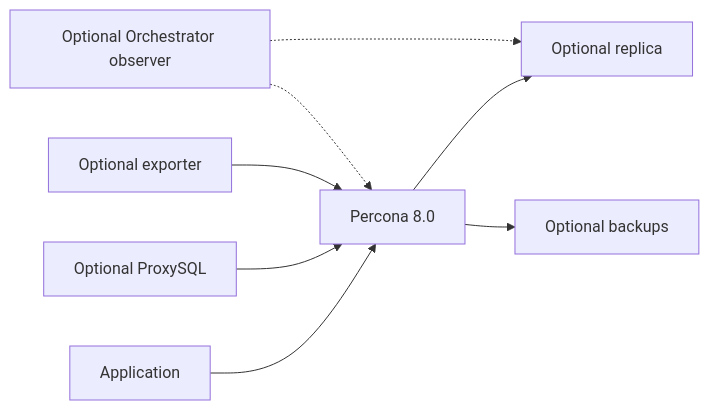
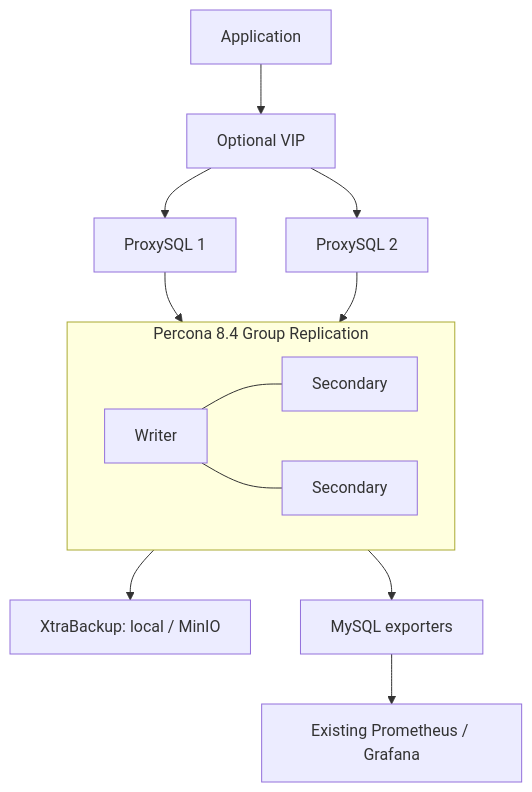
One commit to OT-OSM/percona_server changed the diagram in README.md. Above: the diagram before and after it, drawn with Mermaid. The commit also changed other lines of this file and 159 other files, not shown here.

````diff
--- a/README.md
+++ b/README.md
@@ -3,10 +5,15 @@
 ```mermaid
-flowchart LR
-  A[Application] --> D[Percona 8.0]
-  P[Optional ProxySQL] --> D
-  D --> R[Optional replica]
-  D --> B[Optional backups]
-  M[Optional exporter] --> D
-  O[Optional Orchestrator observer] -.-> D
-  O -.-> R
+flowchart TB
+  A[Application] --> V[Optional VIP]
+  V --> P1[ProxySQL 1]
+  V --> P2[ProxySQL 2]
+  P1 --> G
+  P2 --> G
+  subgraph G[Percona 8.4 Group Replication]
+    D1[Writer] --- D2[Secondary]
+    D1 --- D3[Secondary]
+  end
+  G --> B[XtraBackup: local / MinIO]
+  G --> E[MySQL exporters]
+  E --> M[Existing Prometheus / Grafana]
 ```
````
